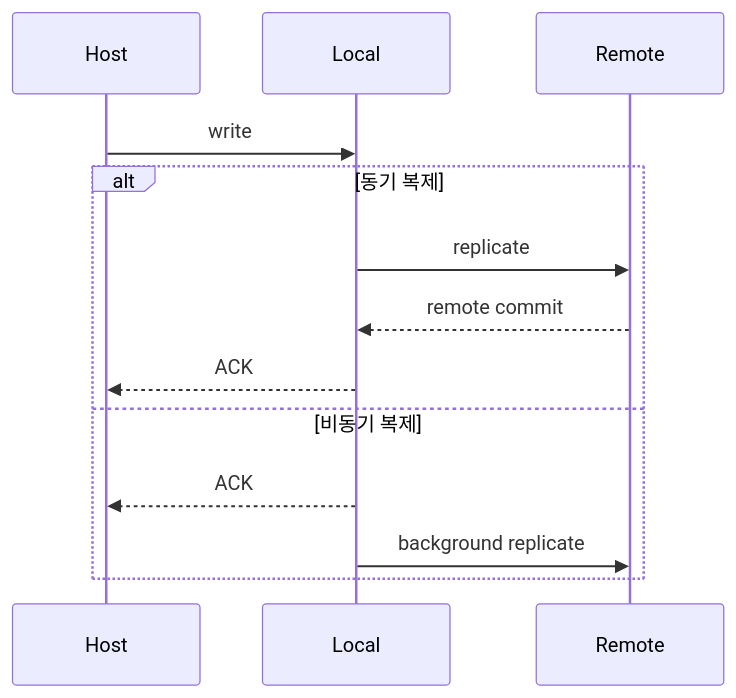
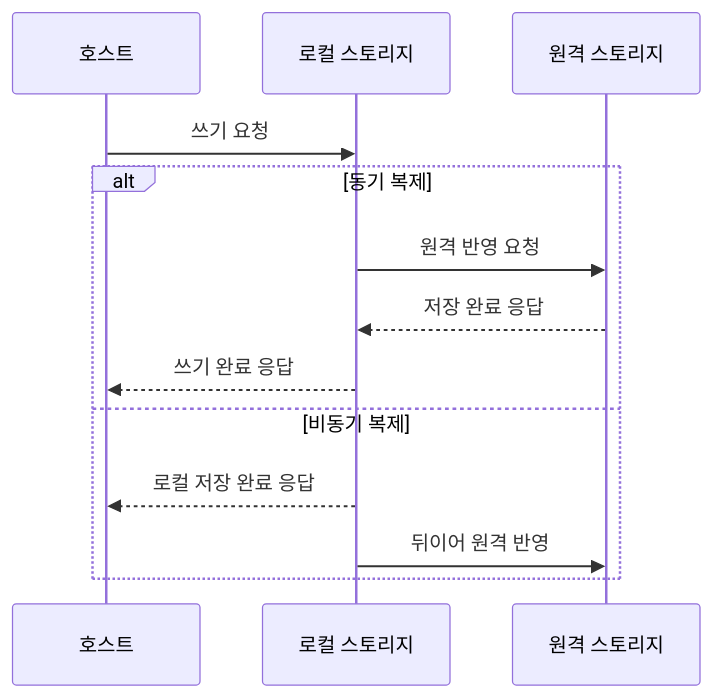
One commit to agnusdei1207/study changed the third of 3 diagrams in src/content/docs/notes/itpe/01-it-strategy/027_active_active_storage_dr.md. Above: the diagram before and after it, drawn with Mermaid. The commit also changed other lines of this file and 4 other files, not shown here.

````diff
--- a/src/content/docs/notes/itpe/01-it-strategy/027_active_active_storage_dr.md
+++ b/src/content/docs/notes/itpe/01-it-strategy/027_active_active_storage_dr.md
@@ -107,15 +112,15 @@
 ```mermaid
 sequenceDiagram
-    participant H as Host
-    participant L as Local
-    participant R as Remote
-    H->>L: write
+    participant H as 호스트
+    participant L as 로컬 스토리지
+    participant R as 원격 스토리지
+    H->>L: 쓰기 요청
     alt 동기 복제
-        L->>R: replicate
-        R-->>L: remote commit
-        L-->>H: ACK
+        L->>R: 원격 반영 요청
+        R-->>L: 저장 완료 응답
+        L-->>H: 쓰기 완료 응답
     else 비동기 복제
-        L-->>H: ACK
-        L->>R: background replicate
+        L-->>H: 로컬 저장 완료 응답
+        L->>R: 뒤이어 원격 반영
     end
 ```
````
